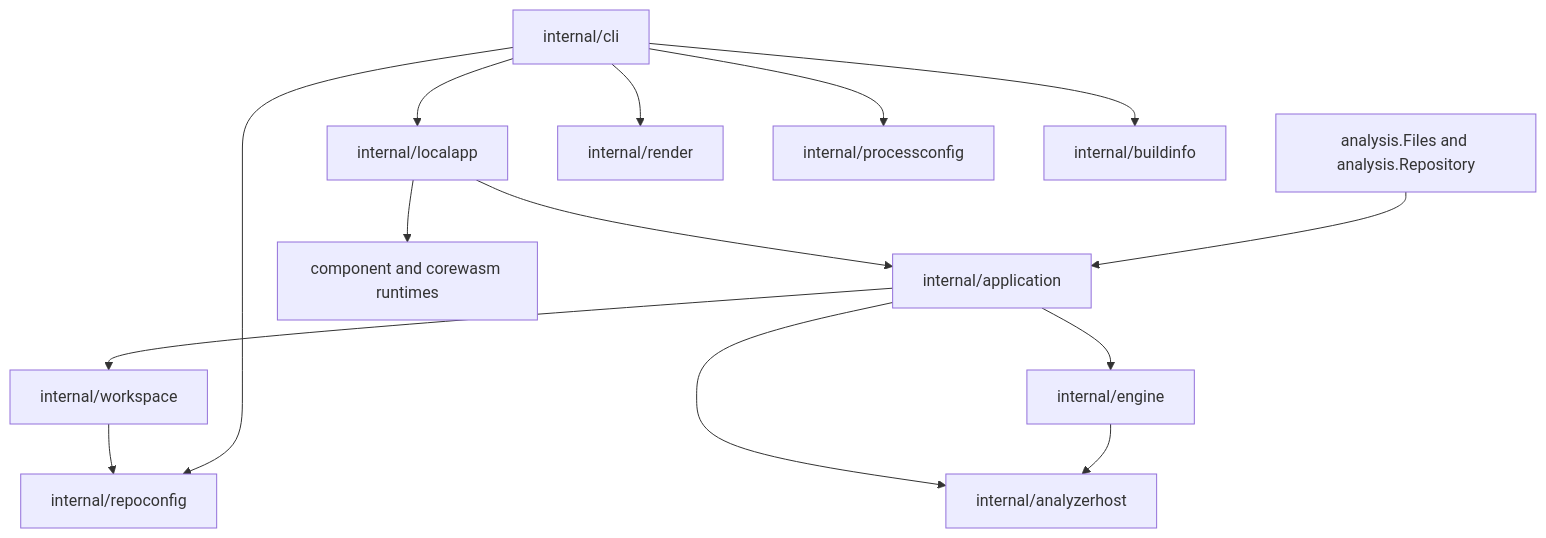
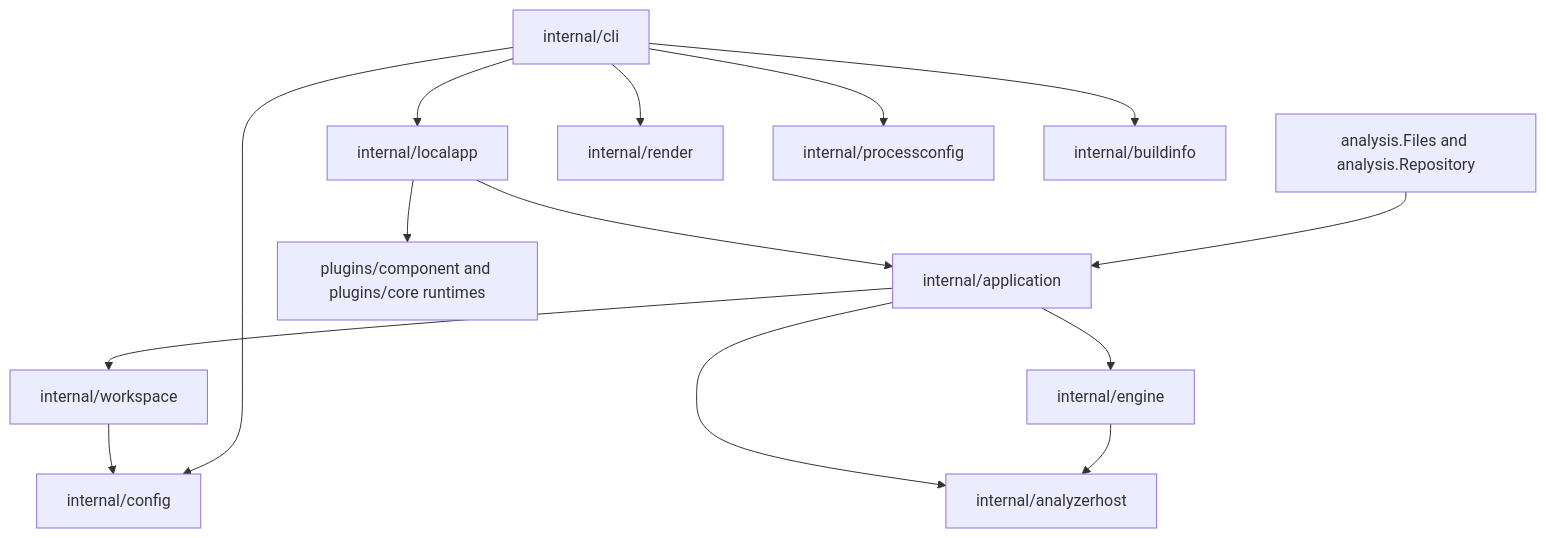
Before and after one commit to kjanat/actionlint: the diagram in docs/design/application-boundary.md, drawn with Mermaid. The commit also changed other lines of this file and 720 other files, not shown here.

````diff
--- a/docs/design/application-boundary.md
+++ b/docs/design/application-boundary.md
@@ -9,16 +9,16 @@
 ```mermaid
 flowchart TD
     CLI[internal/cli] --> Local[internal/localapp]
     Local --> App[internal/application]
-    Local --> Runtime[component and corewasm runtimes]
+    Local --> Runtime[plugins/component and plugins/core runtimes]
     Library[analysis.Files and analysis.Repository] --> App
     App --> Workspace[internal/workspace]
-    Workspace --> Config[internal/repoconfig]
+    Workspace --> Config[internal/config]
     App --> Engine[internal/engine]
     App --> Host[internal/analyzerhost]
     Engine --> Host
     CLI --> Render[internal/render]
-    CLI --> Config[internal/repoconfig]
+    CLI --> Config[internal/config]
     CLI --> Process[internal/processconfig]
     CLI --> Build[internal/buildinfo]
 ```
````
